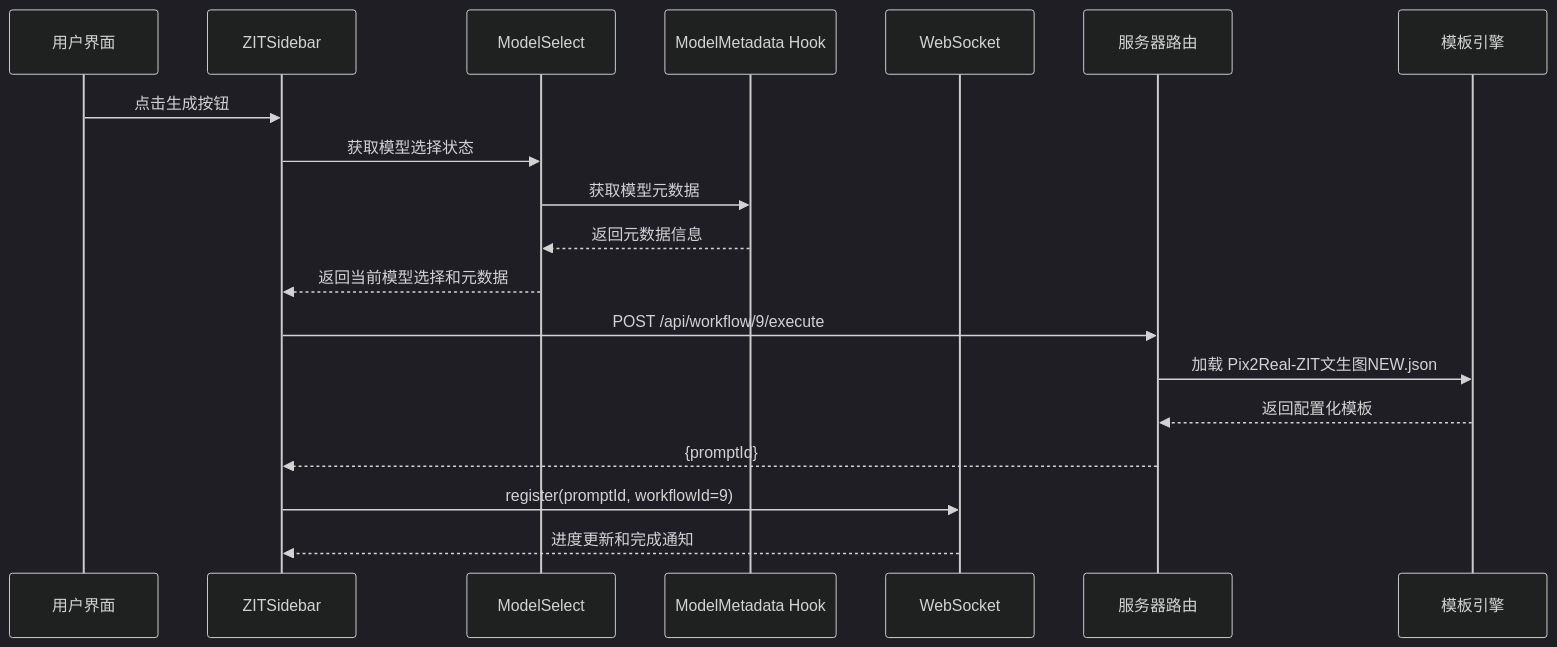
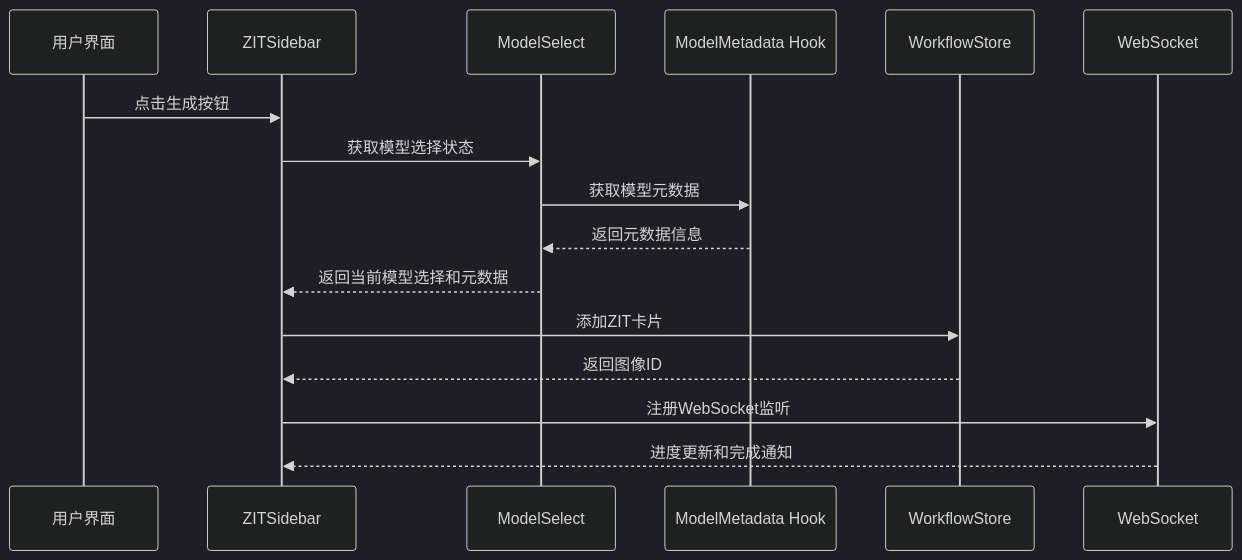
Before and after one commit to billye220670/CorineKit_Pix2Real: the second of 10 diagrams in .qoder/repowiki/zh/content/用户界面组件/控制面板组件/ZIT快出侧边栏.md, drawn with Mermaid (dark theme). The commit also changed other lines of this file and 10 other files, not shown here.

Commit message:
feat: LoRA触发词右键上下文菜单与未使用检测 - 新增PromptContextMenu多层级右键菜单组件 - 移除侧边栏LoRA触发词文本显示，改为未使用时黄色警告图标 - 提示词输入框右键弹出菜单，支持插入LoRA触发词和标签分类数据 - Text2ImgSidebar和ZITSidebar同步更新

````diff
--- a/.qoder/repowiki/zh/content/用户界面组件/控制面板组件/ZIT快出侧边栏.md
+++ b/.qoder/repowiki/zh/content/用户界面组件/控制面板组件/ZIT快出侧边栏.md
@@ -150,21 +169,18 @@
 ```mermaid
 sequenceDiagram
 participant U as 用户界面
 participant Z as ZITSidebar
 participant MS as ModelSelect
 participant MM as ModelMetadata Hook
+participant WF as WorkflowStore
 participant S as WebSocket
-participant R as 服务器路由
-participant T as 模板引擎
 U->>Z : 点击生成按钮
 Z->>MS : 获取模型选择状态
 MS->>MM : 获取模型元数据
 MM-->>MS : 返回元数据信息
 MS-->>Z : 返回当前模型选择和元数据
-Z->>R : POST /api/workflow/9/execute
-R->>T : 加载 Pix2Real-ZIT文生图NEW.json
-T-->>R : 返回配置化模板
-R-->>Z : {promptId}
-Z->>S : register(promptId, workflowId=9)
+Z->>WF : 添加ZIT卡片
+WF-->>Z : 返回图像ID
+Z->>S : 注册WebSocket监听
 S-->>Z : 进度更新和完成通知
 ```
````
